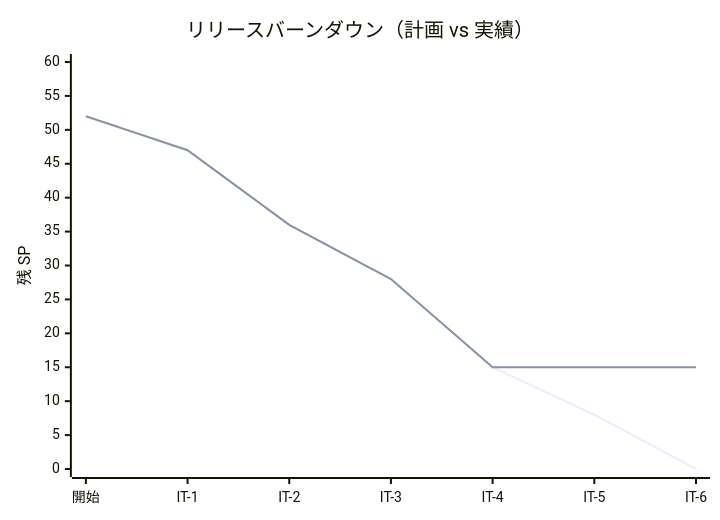
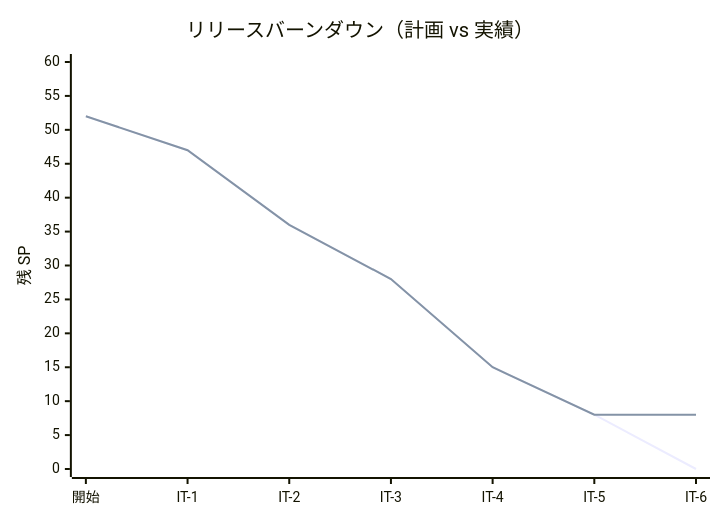
Before and after one commit to k2works/ai-programing-exercise: the third of 3 diagrams in docs/development/release_plan.md, drawn with Mermaid. The commit also changed other lines of this file and 7 other files, not shown here.

````diff
--- a/docs/development/release_plan.md
+++ b/docs/development/release_plan.md
@@ -465,8 +468,8 @@
 ```mermaid
 xychart-beta
     title "リリースバーンダウン（計画 vs 実績）"
     x-axis ["開始", "IT-1", "IT-2", "IT-3", "IT-4", "IT-5", "IT-6"]
     y-axis "残 SP" 0 --> 60
     line "計画" [52, 47, 36, 28, 15, 8, 0]
-    line "実績(IT-4まで)" [52, 47, 36, 28, 15, 15, 15]
+    line "実績(IT-5まで*)" [52, 47, 36, 28, 15, 8, 8]
 ```
````
